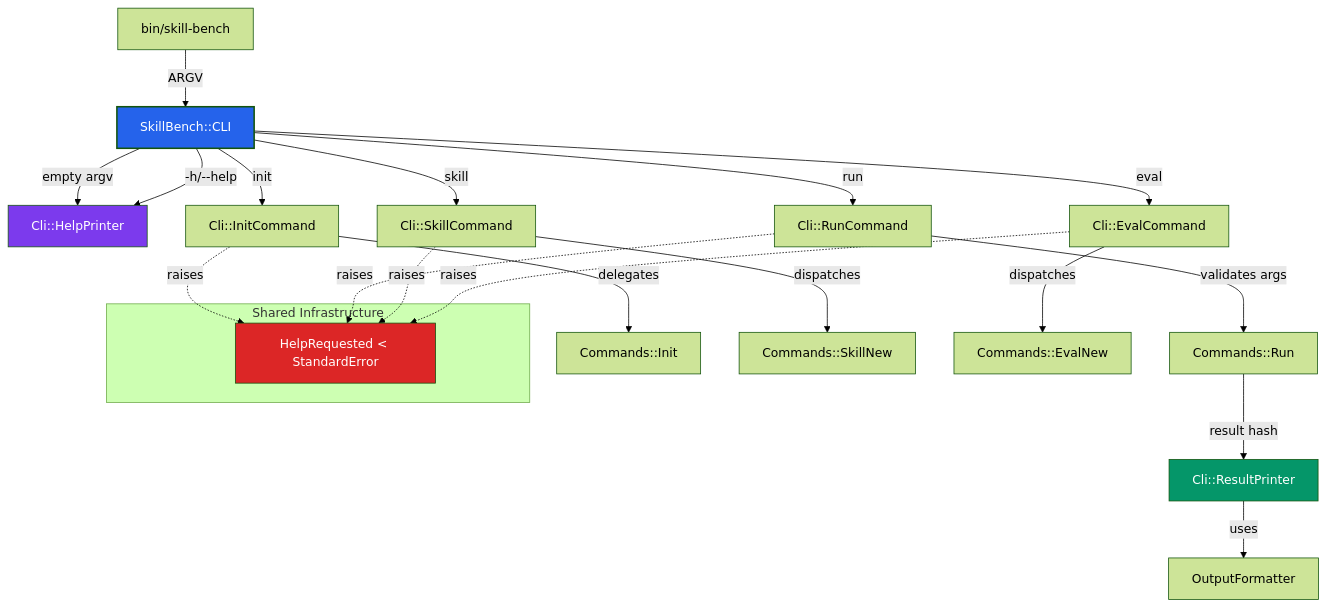
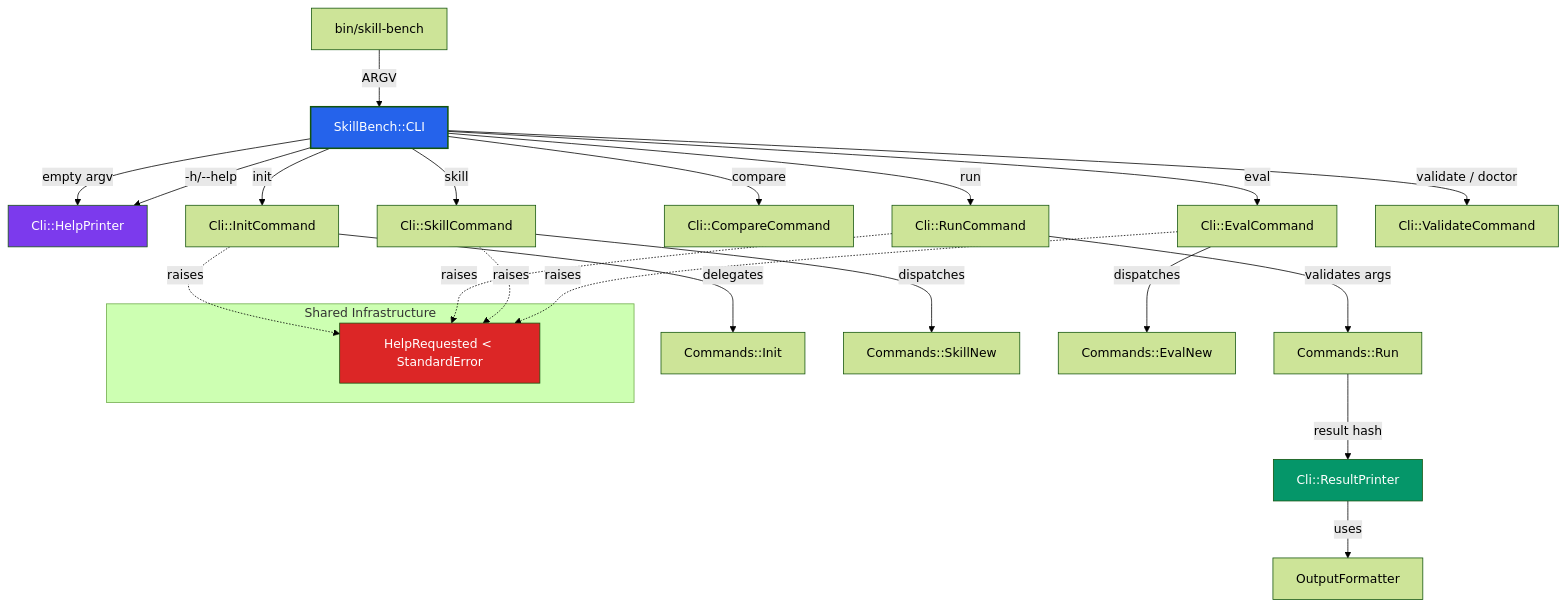
One commit to igmarin/ruby-skill-bench changed the diagram in lib/skill_bench/cli/README.md. Above: the diagram before and after it, drawn with Mermaid (forest theme). The commit also changed other lines of this file and 4 other files, not shown here.

First line of the commit message:
docs: refresh architecture for the live 1.3.1 path

````diff
--- a/lib/skill_bench/cli/README.md
+++ b/lib/skill_bench/cli/README.md
@@ -13,39 +13,41 @@
 ```mermaid
 graph TD
     %% Entry Point
     Entry[bin/skill-bench] -->|ARGV| Dispatcher[SkillBench::CLI]
     
     %% Dispatcher routing
     Dispatcher -->|empty argv| HelpPrinter[Cli::HelpPrinter]
     Dispatcher -->|init| InitCommand[Cli::InitCommand]
     Dispatcher -->|run| RunCommand[Cli::RunCommand]
+    Dispatcher -->|compare| CompareCommand[Cli::CompareCommand]
     Dispatcher -->|skill| SkillCommand[Cli::SkillCommand]
     Dispatcher -->|eval| EvalCommand[Cli::EvalCommand]
+    Dispatcher -->|validate / doctor| ValidateCommand[Cli::ValidateCommand]
     Dispatcher -->|-h/--help| HelpPrinter
     
     %% Command delegation
     InitCommand -->|delegates| CommandsInit[Commands::Init]
     RunCommand -->|validates args| CommandsRun[Commands::Run]
     SkillCommand -->|dispatches| SkillNew[Commands::SkillNew]
     EvalCommand -->|dispatches| EvalNew[Commands::EvalNew]
     
     %% Result formatting
     CommandsRun -->|result hash| ResultPrinter[Cli::ResultPrinter]
     ResultPrinter -->|uses| OutputFormatter[OutputFormatter]
     
     %% Shared exception
     subgraph "Shared Infrastructure"
         HelpRequested[HelpRequested < StandardError]
     end
     
     InitCommand -.->|raises| HelpRequested
     RunCommand -.->|raises| HelpRequested
     SkillCommand -.->|raises| HelpRequested
     EvalCommand -.->|raises| HelpRequested
     
     %% Styling
     style Dispatcher fill:#2563eb,color:#fff,stroke-width:2px
     style HelpPrinter fill:#7c3aed,color:#fff
     style ResultPrinter fill:#059669,color:#fff
     style HelpRequested fill:#dc2626,color:#fff
 ```
````
